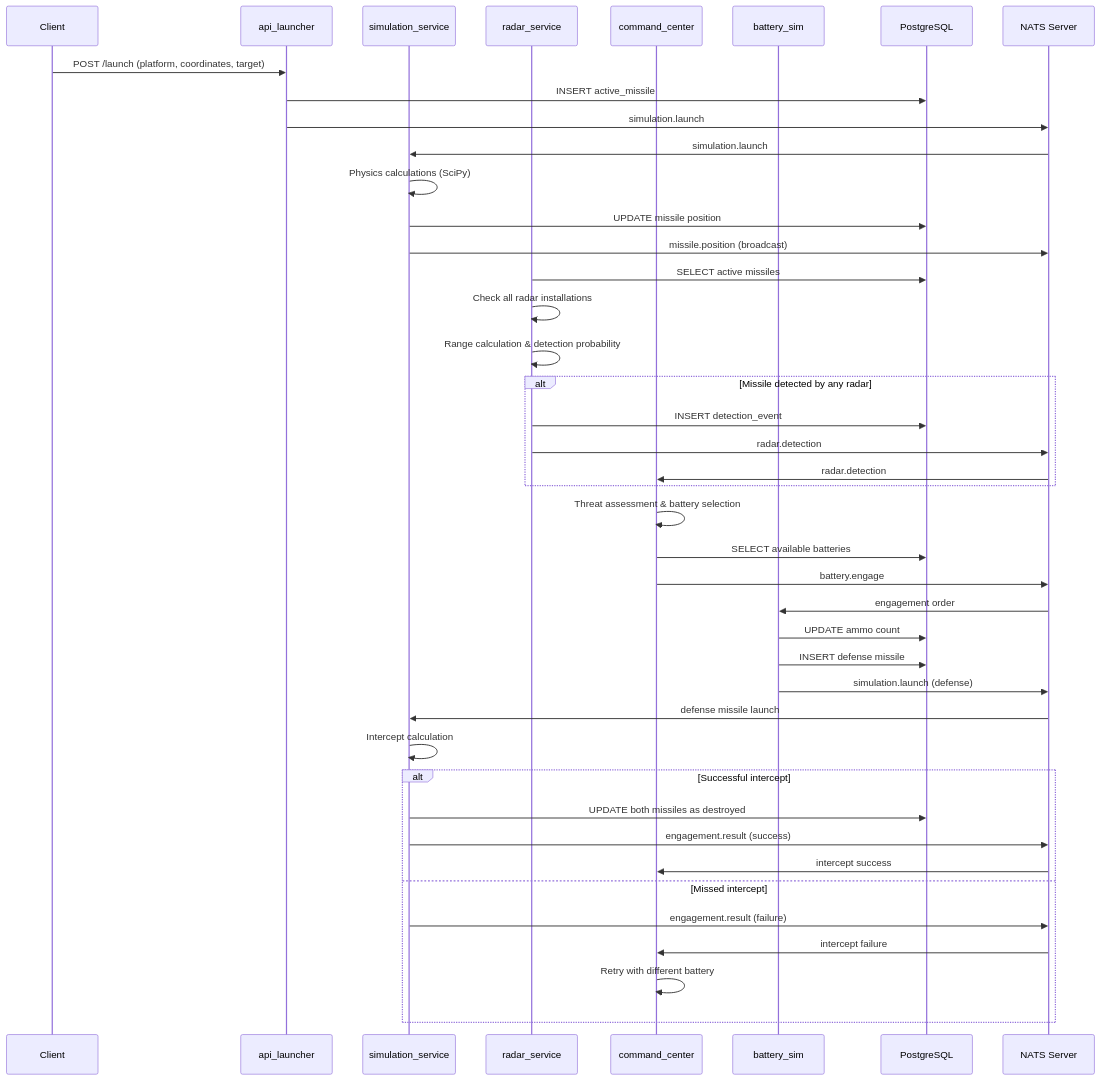
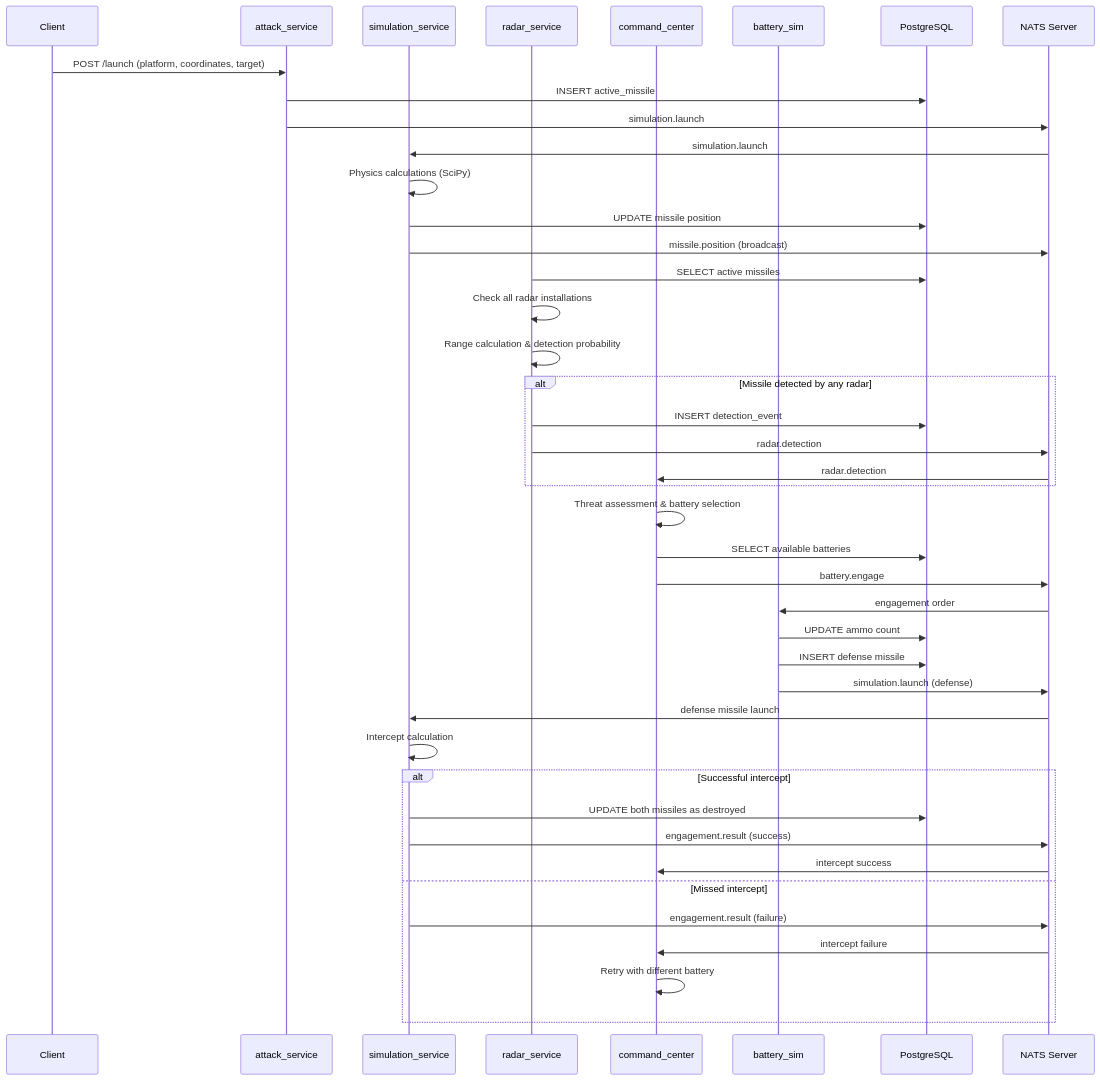
One commit to will-garrett/missile-defense-sim changed the second of 2 diagrams in README.md. Above: the diagram before and after it, drawn with Mermaid. The commit also changed other lines of this file and 53 other files, not shown here.

````diff
--- a/README.md
+++ b/README.md
@@ -140,56 +138,56 @@
 ```mermaid
 sequenceDiagram
     participant Client
-    participant API as api_launcher
+    participant API as attack_service
     participant SS as simulation_service
     participant RS as radar_service
     participant CC as command_center
     participant Battery as battery_sim
     participant DB as PostgreSQL
     participant NATS as NATS Server
     
     %% Missile Launch
     Client->>API: POST /launch (platform, coordinates, target)
     API->>DB: INSERT active_missile
     API->>NATS: simulation.launch
     NATS->>SS: simulation.launch
     
     %% Physics Simulation
     SS->>SS: Physics calculations (SciPy)
     SS->>DB: UPDATE missile position
     SS->>NATS: missile.position (broadcast)
     
     %% Radar Detection (Multiple Installations)
     RS->>DB: SELECT active missiles
     RS->>RS: Check all radar installations
     RS->>RS: Range calculation & detection probability
     alt Missile detected by any radar
         RS->>DB: INSERT detection_event
         RS->>NATS: radar.detection
         NATS->>CC: radar.detection
     end
     
     %% Threat Assessment
     CC->>CC: Threat assessment & battery selection
     CC->>DB: SELECT available batteries
     CC->>NATS: battery.engage
     NATS->>Battery: engagement order
     
     %% Counter-Missile Launch
     Battery->>DB: UPDATE ammo count
     Battery->>DB: INSERT defense missile
     Battery->>NATS: simulation.launch (defense)
     NATS->>SS: defense missile launch
     
     %% Intercept Simulation
     SS->>SS: Intercept calculation
     alt Successful intercept
         SS->>DB: UPDATE both missiles as destroyed
         SS->>NATS: engagement.result (success)
         NATS->>CC: intercept success
     else Missed intercept
         SS->>NATS: engagement.result (failure)
         NATS->>CC: intercept failure
         CC->>CC: Retry with different battery
     end
 ```
````
